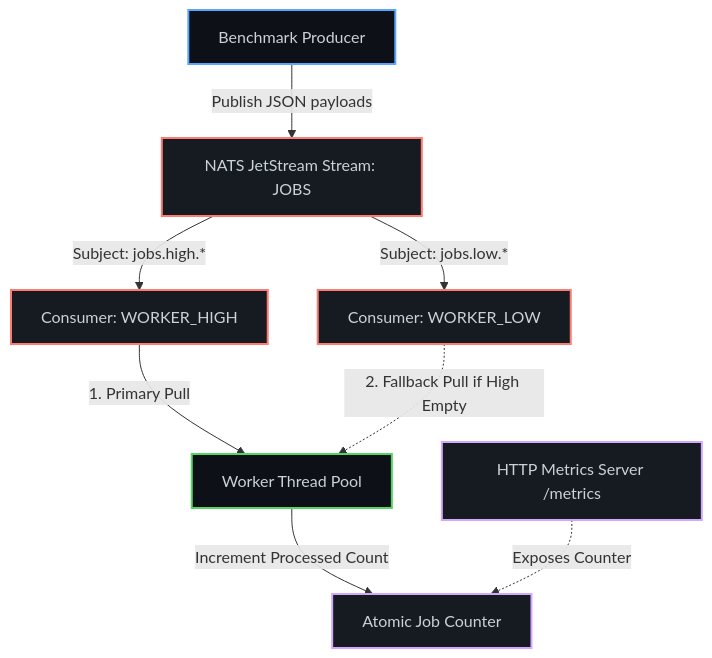
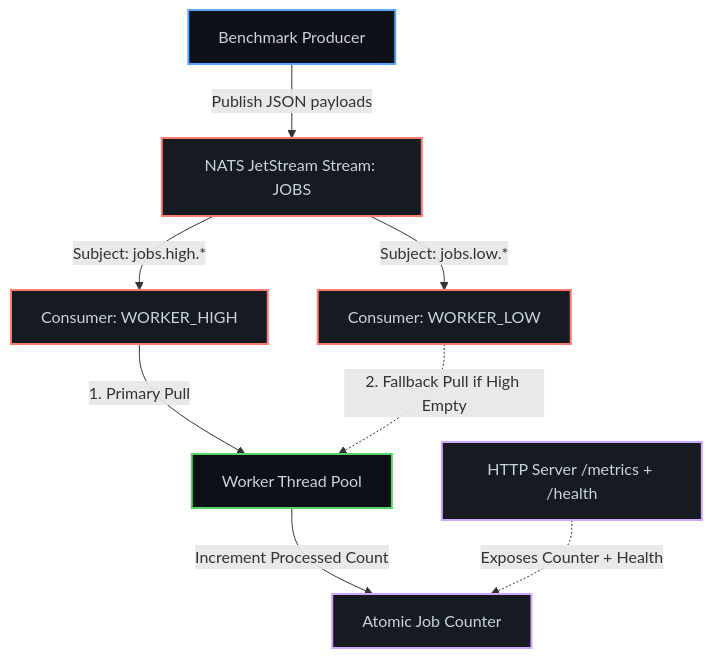
The diagram in README.md (amafjarkasi/tachyon), drawn with Mermaid before and after one commit. The commit also changed other lines of this file and 8 other files, not shown here.

````diff
--- a/README.md
+++ b/README.md
@@ -102,17 +121,17 @@
 ```mermaid
 graph TD
     classDef producer fill:#0d1117,stroke:#58a6ff,stroke-width:2px,color:#c9d1d9;
     classDef nats fill:#161b22,stroke:#ff7b72,stroke-width:2px,color:#c9d1d9;
     classDef worker fill:#0d1117,stroke:#56d364,stroke-width:2px,color:#c9d1d9;
     classDef metric fill:#161b22,stroke:#d2a8ff,stroke-width:2px,color:#c9d1d9;
 
     P[Benchmark Producer]:::producer -->|Publish JSON payloads| N[NATS JetStream Stream: JOBS]:::nats
     N -->|Subject: jobs.high.*| CH[Consumer: WORKER_HIGH]:::nats
     N -->|Subject: jobs.low.*| CL[Consumer: WORKER_LOW]:::nats
 
     CH -->|1. Primary Pull| WP[Worker Thread Pool]:::worker
     CL -.->|2. Fallback Pull if High Empty| WP
 
     WP -->|Increment Processed Count| C[Atomic Job Counter]:::metric
-    M[HTTP Metrics Server /metrics]:::metric -.->|Exposes Counter| C
+    M[HTTP Server /metrics + /health]:::metric -.->|Exposes Counter + Health| C
 ```
````
